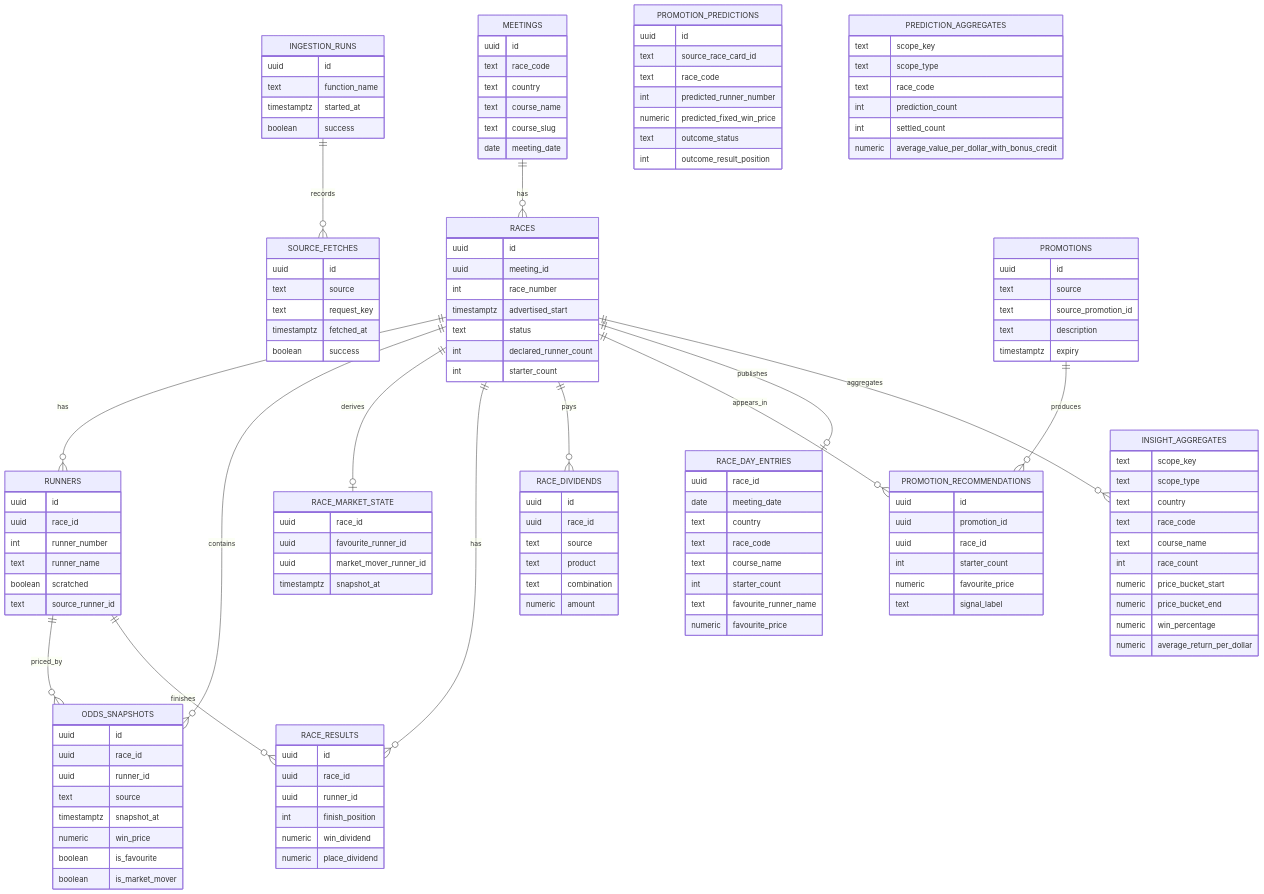
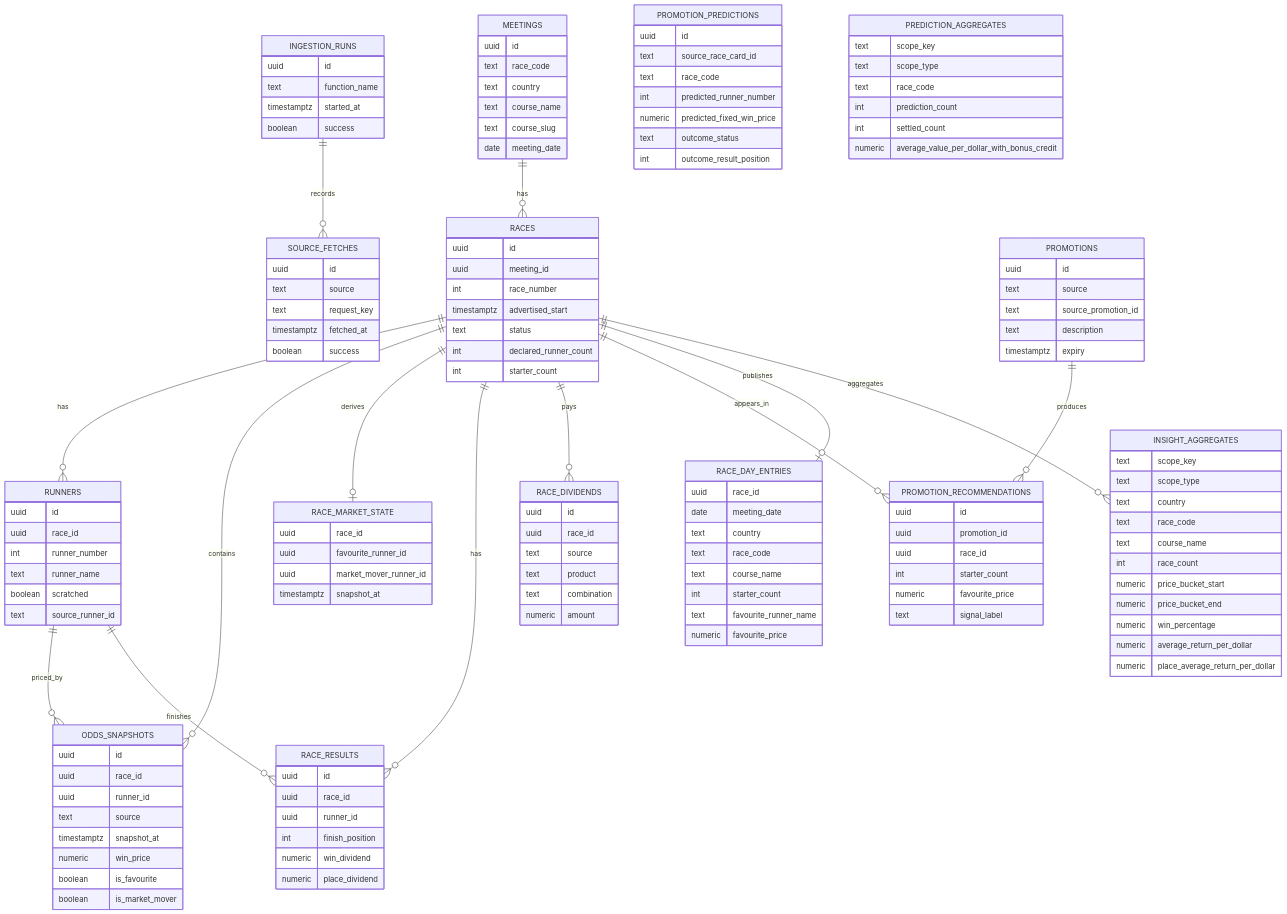
Before and after one commit to FabianDouch/feeling-gamba: the third of 3 diagrams in docs/architecture/application-architecture.md, drawn with Mermaid. The commit also changed other lines of this file and 20 other files, not shown here.

```diff
--- a/docs/architecture/application-architecture.md
+++ b/docs/architecture/application-architecture.md
@@ -393,6 +402,7 @@
     numeric price_bucket_end
     numeric win_percentage
     numeric average_return_per_dollar
+    numeric place_average_return_per_dollar
   }
 
   PREDICTION_AGGREGATES {
```
